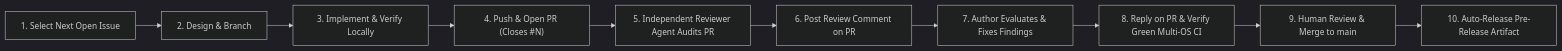
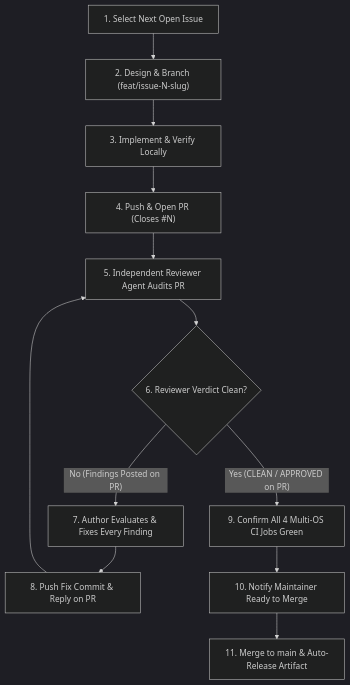
One commit to ayeshrodz/OryqDB changed the diagram in docs/CONTRIBUTING_WORKFLOW.md. Above: the diagram before and after it, drawn with Mermaid (dark theme). The commit also changed other lines of this file and 4 other files, not shown here.

Commit message:
fix(hardening): close remaining PR #20 review gaps & require reviewer sign-off loop

````diff
--- a/docs/CONTRIBUTING_WORKFLOW.md
+++ b/docs/CONTRIBUTING_WORKFLOW.md
@@ -7,12 +7,14 @@
 ```mermaid
-flowchart LR
-    A["1. Select Next Open Issue"] --> B["2. Design & Branch"]
+flowchart TD
+    A["1. Select Next Open Issue"] --> B["2. Design & Branch (feat/issue-N-slug)"]
     B --> C["3. Implement & Verify Locally"]
     C --> D["4. Push & Open PR (Closes #N)"]
     D --> E["5. Independent Reviewer Agent Audits PR"]
-    E --> F["6. Post Review Comment on PR"]
-    F --> G["7. Author Evaluates & Fixes Findings"]
-    G --> H["8. Reply on PR & Verify Green Multi-OS CI"]
-    H --> I["9. Human Review & Merge to main"]
-    I --> J["10. Auto-Release Pre-Release Artifact"]
+    E --> F{"6. Reviewer Verdict Clean?"}
+    F -- "No (Findings Posted on PR)" --> G["7. Author Evaluates & Fixes Every Finding"]
+    G --> H["8. Push Fix Commit & Reply on PR"]
+    H --> E
+    F -- "Yes (CLEAN / APPROVED on PR)" --> I["9. Confirm All 4 Multi-OS CI Jobs Green"]
+    I --> J["10. Notify Maintainer Ready to Merge"]
+    J --> K["11. Merge to main & Auto-Release Artifact"]
 ```
````
